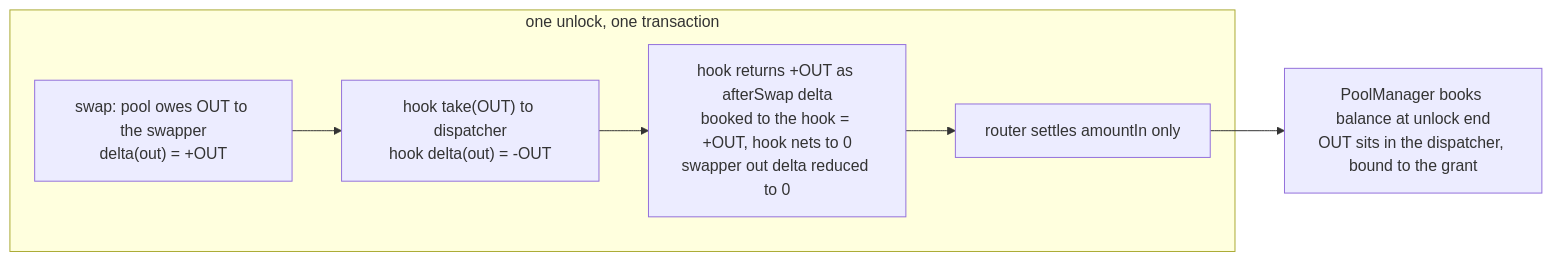
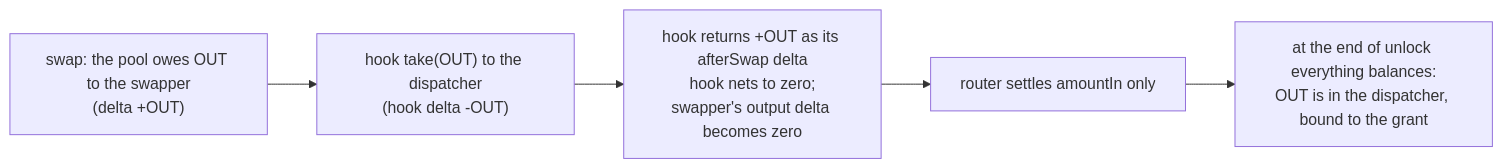
Before and after one commit to neevmodh/nidhi: the fourth of 5 diagrams in docs/architecture/02-uniswap-v4.md, drawn with Mermaid. The commit also changed other lines of this file and 5 other files, not shown here.

````diff
--- a/docs/architecture/02-uniswap-v4.md
+++ b/docs/architecture/02-uniswap-v4.md
@@ -125,11 +135,7 @@
 ```mermaid
 flowchart LR
-  subgraph TX["one unlock, one transaction"]
-    S1["swap: pool owes OUT to the swapper\ndelta(out) = +OUT"]
-    S2["hook take(OUT) to dispatcher\nhook delta(out) = -OUT"]
-    S3["hook returns +OUT as afterSwap delta\nbooked to the hook = +OUT, hook nets to 0\nswapper out delta reduced to 0"]
-    S4["router settles amountIn only"]
-  end
-  S1 --> S2 --> S3 --> S4
-  S4 --> END["PoolManager books balance at unlock end\nOUT sits in the dispatcher, bound to the grant"]
+  S1["swap: the pool owes OUT to the swapper<br/>(delta +OUT)"] --> S2["hook take(OUT) to the dispatcher<br/>(hook delta -OUT)"]
+  S2 --> S3["hook returns +OUT as its afterSwap delta<br/>hook nets to zero;<br/>swapper's output delta becomes zero"]
+  S3 --> S4["router settles amountIn only"]
+  S4 --> END["at the end of unlock everything balances:<br/>OUT is in the dispatcher, bound to the grant"]
 ```
````
